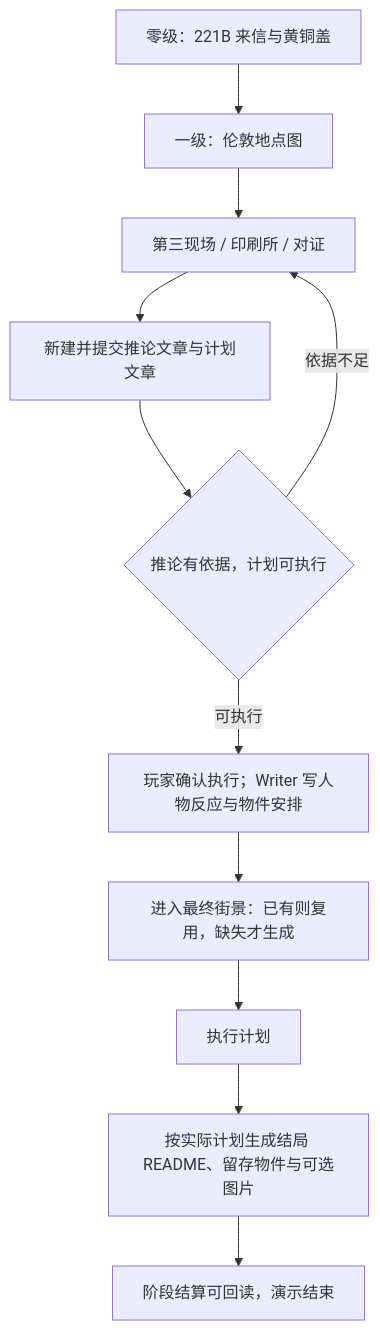
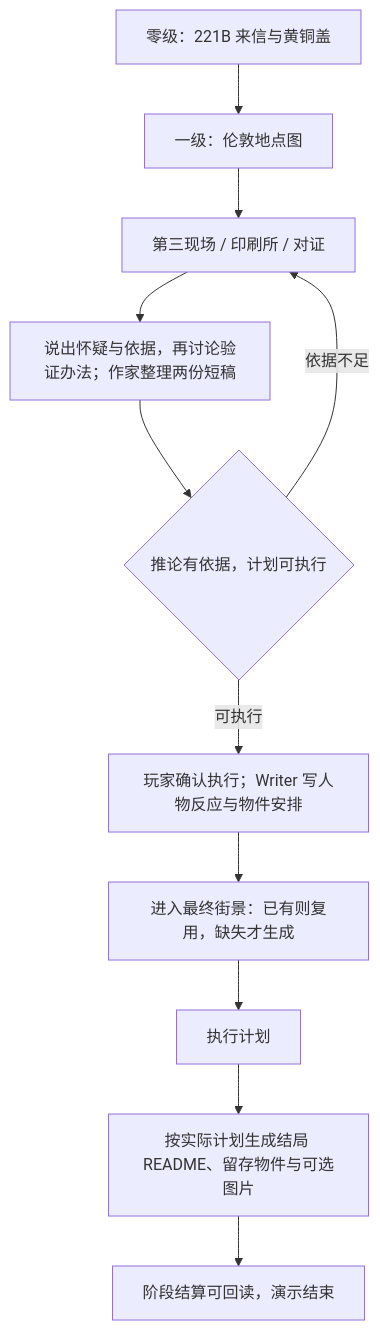
One commit to LudicDynamics/hackathon changed the diagram in docs/福尔摩斯短闭环与AI生长验收.md. Above: the diagram before and after it, drawn with Mermaid. The commit also changed other lines of this file and 93 other files, not shown here.

````diff
--- a/docs/福尔摩斯短闭环与AI生长验收.md
+++ b/docs/福尔摩斯短闭环与AI生长验收.md
@@ -20,13 +20,13 @@
 ```mermaid
 flowchart TD
     A[零级：221B 来信与黄铜盖] --> B[一级：伦敦地点图]
     B --> C[第三现场 / 印刷所 / 对证]
-    C --> W[新建并提交推论文章与计划文章]
+    C --> W[说出怀疑与依据，再讨论验证办法；作家整理两份短稿]
     W --> D{推论有依据，计划可执行}
     D -->|依据不足| C
     D -->|可执行| E[玩家确认执行；Writer 写人物反应与物件安排]
     E --> F[进入最终街景：已有则复用，缺失才生成]
     F --> G[执行计划]
     G --> H[按实际计划生成结局 README、留存物件与可选图片]
     H --> I[阶段结算可回读，演示结束]
 ```
````
